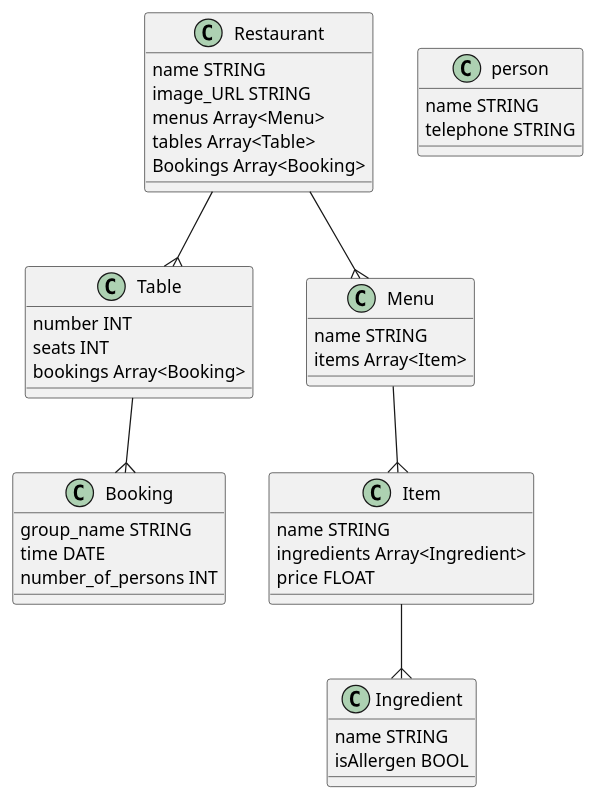
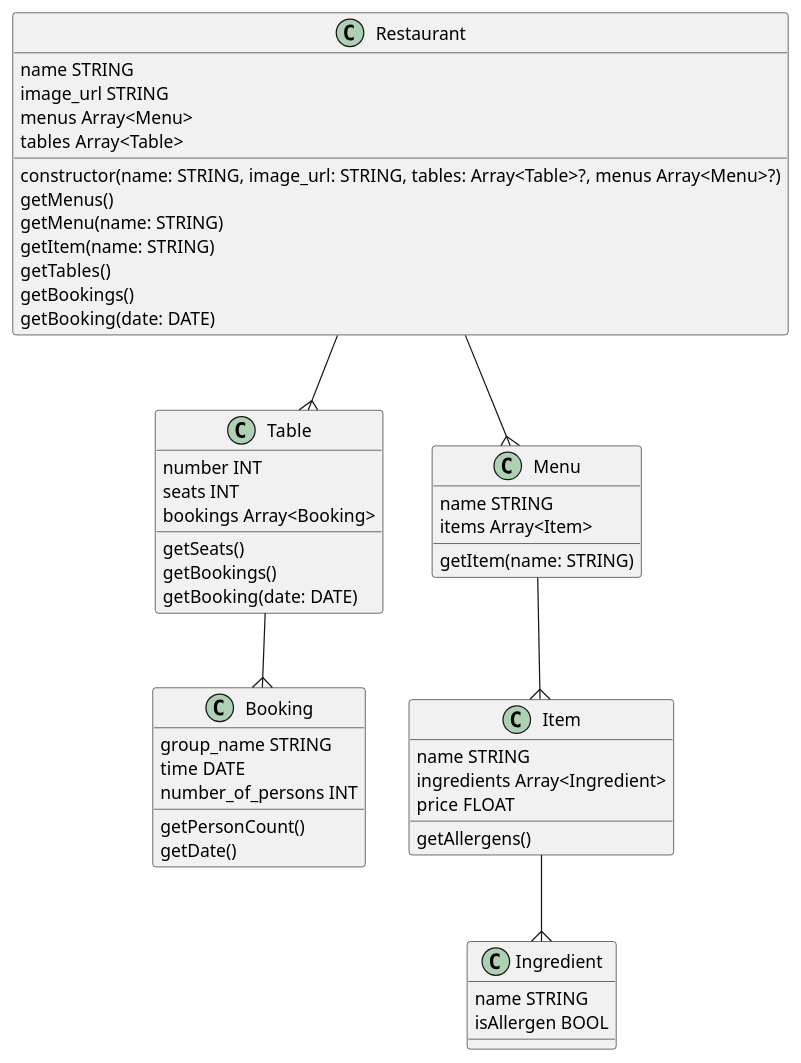
One commit to michael-bailey/js-restaurant changed the diagram in docs/models/restaurant.plantuml. Above: the diagram before and after it, drawn with PlantUML.

Commit message:
added functions to the uml

```diff
--- a/docs/models/restaurant.plantuml
+++ b/docs/models/restaurant.plantuml
@@ -1,50 +1,67 @@
 @startuml Restaurant
+
+' notes
+' note top of Restaurant : This is the main class of the module
+' note left of Table : This Represents a sing table in the Restaurant 
 
 class Restaurant {
     name STRING
-    image_URL STRING
+    image_url STRING
     menus Array<Menu>
     tables Array<Table>
-    Bookings Array<Booking>
+
+    constructor(name: STRING, image_url: STRING, tables: Array<Table>?, menus Array<Menu>?)
+    getMenus()
+    getMenu(name: STRING)
+    getItem(name: STRING)
+    getTables()
+    getBookings()
+    getBooking(date: DATE)
 }
 
 class Table {
     number INT
     seats INT
     bookings Array<Booking>
+
+    getSeats()
+    getBookings()
+    getBooking(date: DATE)
 }
 
 class Booking {
     group_name STRING
     time DATE
     number_of_persons INT
+
+    getPersonCount()
+    getDate()
 }
 
 class Menu {
     name STRING
     items Array<Item>
+
+    getItem(name: STRING)
 }
 
 class Item {
     name STRING
     ingredients Array<Ingredient>
     price FLOAT
+
+    getAllergens()
 }
 
 class Ingredient {
     name STRING
     isAllergen BOOL
-}
-
-class person {
-    name STRING
-    telephone STRING
 }
 
 Restaurant--{Menu
 Menu--{Item
 Item--{Ingredient
 Restaurant--{Table
 Table--{Booking
 
 @enduml
```
